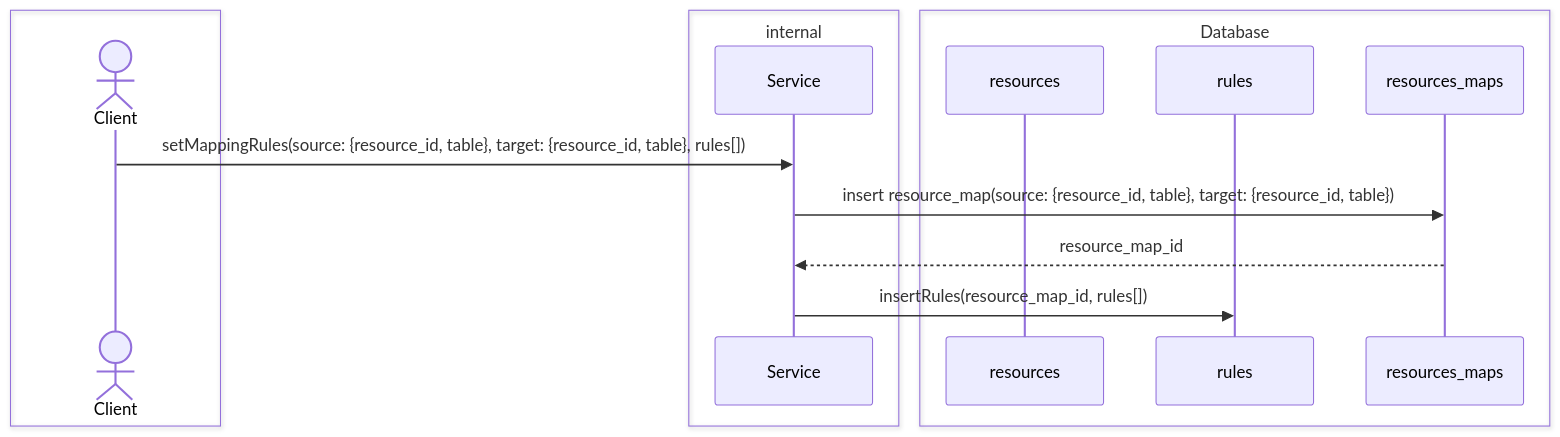
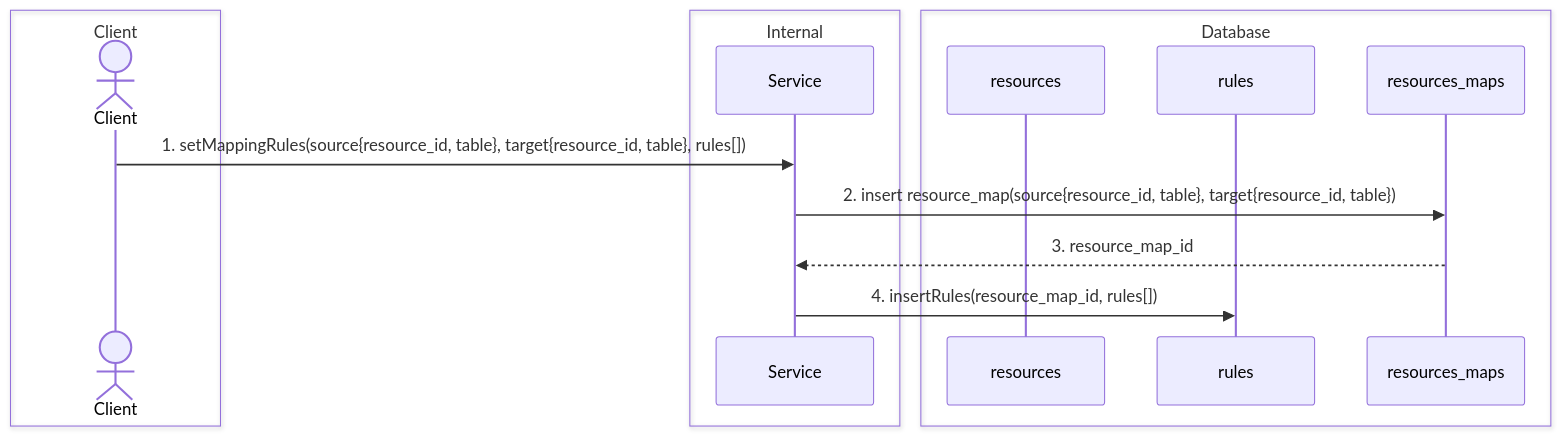
The second of 3 diagrams in docs/overall-workflows.md (spk-cpsamut/rep-pro), drawn with Mermaid before and after one commit. The commit also changed other lines of this file, not shown here.

````diff
--- a/docs/overall-workflows.md
+++ b/docs/overall-workflows.md
@@ -36,18 +74,18 @@
 ```mermaid
 sequenceDiagram
-    box
+    box Client
     actor C as Client
     end
-    box internal
+    box Internal
     participant S as Service
     end
     box Database
     participant R as resources
     participant RS as rules
     participant RSM as resources_maps
     end
-    C ->> S: setMappingRules(source: {resource_id, table}, target: {resource_id, table}, rules[])
-    S ->> RSM : insert resource_map(source: {resource_id, table}, target: {resource_id, table})
-    RSM -->> S : resource_map_id
-    S ->> RS: insertRules(resource_map_id, rules[])
+    C  ->> S:   1. setMappingRules(source{resource_id, table}, target{resource_id, table}, rules[])
+    S  ->> RSM: 2. insert resource_map(source{resource_id, table}, target{resource_id, table})
+    RSM -->> S: 3. resource_map_id
+    S  ->> RS:  4. insertRules(resource_map_id, rules[])
 ```
````
